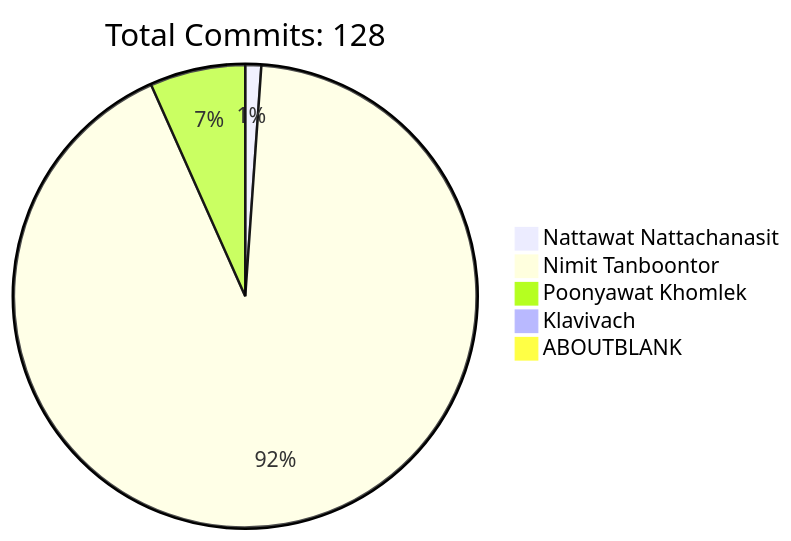
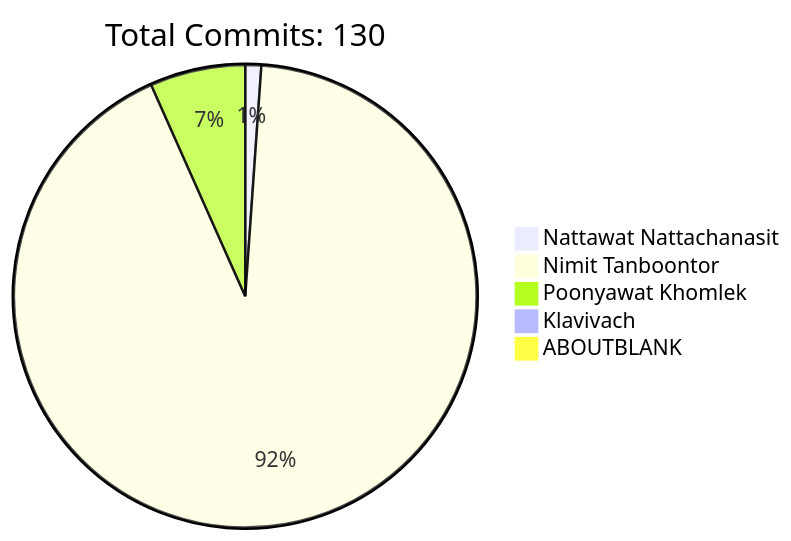
One commit to HLLC-MFU/HLLC-2025 changed the diagram in README.md. Above: the diagram before and after it, drawn with Mermaid. The commit also changed other lines of this file, not shown here.

````diff
--- a/README.md
+++ b/README.md
@@ -170,9 +170,9 @@
 ```mermaid
 pie
-    title Total Commits: 128
+    title Total Commits: 130
     "Nattawat Nattachanasit" : 1
     "Nimit Tanboontor" : 83
     "Poonyawat Khomlek" : 6
     "Klavivach" : 0
     "ABOUTBLANK" : 0
 ```
````
